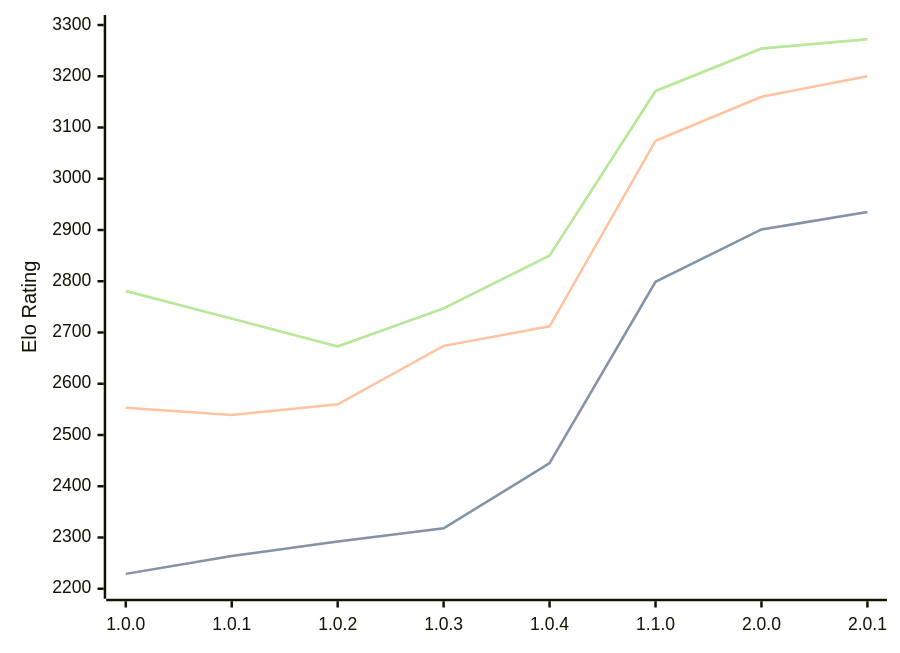
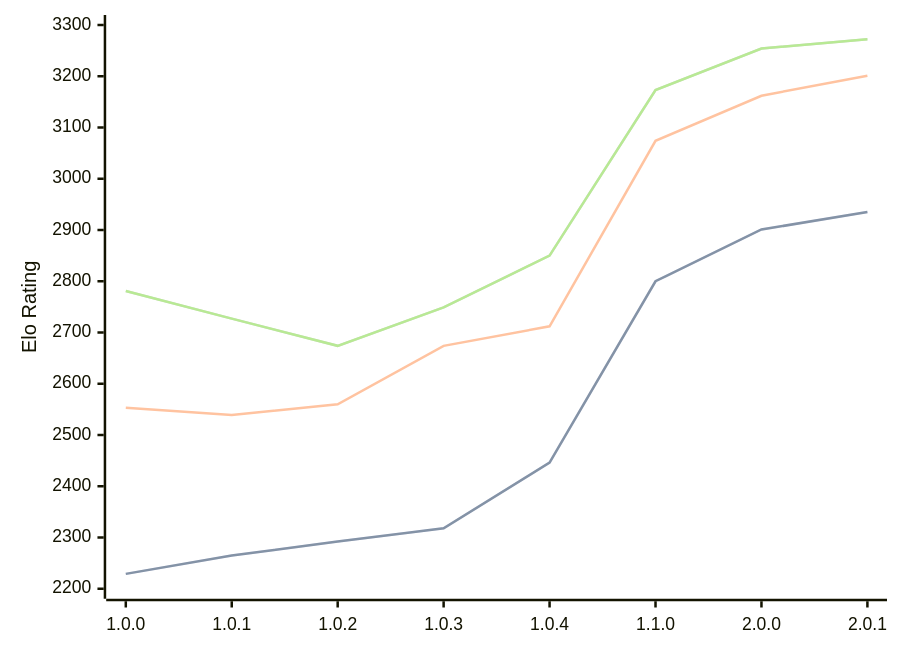
One commit to computer-chess-index/cci changed the diagram in engines/Grail.md. Above: the diagram before and after it, drawn with Mermaid. The commit also changed other lines of this file, not shown here.

Commit message:
Update CCI Ratings (ELO VLTC) - 2026-08-20

````diff
--- a/engines/Grail.md
+++ b/engines/Grail.md
@@ -38,11 +38,11 @@
 ```mermaid
 %%{init: {"theme":"base","themeVariables":{"seriesColors:['#a3a3a3','#222221','#faa371']}}}%%
 xychart-beta
   x-axis ["1.0.0", "1.0.1", "1.0.2", "1.0.3", "1.0.4", "1.1.0", "2.0.0", "2.0.1"]
   y-axis "Elo Rating" 2200 --> 3300
-  line "STC (8.0+0.08s)" [2229, 2264, 2292, 2318, 2445, 2799, 2901, 2935]
-  line "STC (8.0+0.08s)" [2229, 2264, 2292, 2318, 2445, 2799, 2901, 2935]
-  line "LTC (60.0+0.60s)" [2553, 2539, 2560, 2674, 2712, 3074, 3160, 3200]
-  line "VLTC (2m24s+1.12s)" [2781, 2727, 2673, 2747, 2850, 3171, 3254, 3272]
-  line "VLTC (2m24s+1.12s)" [2781, 2727, 2673, 2747, 2850, 3171, 3254, 3272]
+  line "STC (8.0+0.08s)" [2229, 2265, 2292, 2318, 2446, 2800, 2901, 2935]
+  line "STC (8.0+0.08s)" [2229, 2265, 2292, 2318, 2446, 2800, 2901, 2935]
+  line "LTC (60.0+0.60s)" [2553, 2539, 2560, 2674, 2712, 3074, 3162, 3201]
+  line "VLTC (2m24s+1.12s)" [2781, 2727, 2674, 2749, 2850, 3173, 3254, 3272]
+  line "VLTC (2m24s+1.12s)" [2781, 2727, 2674, 2749, 2850, 3173, 3254, 3272]
 ```
````
